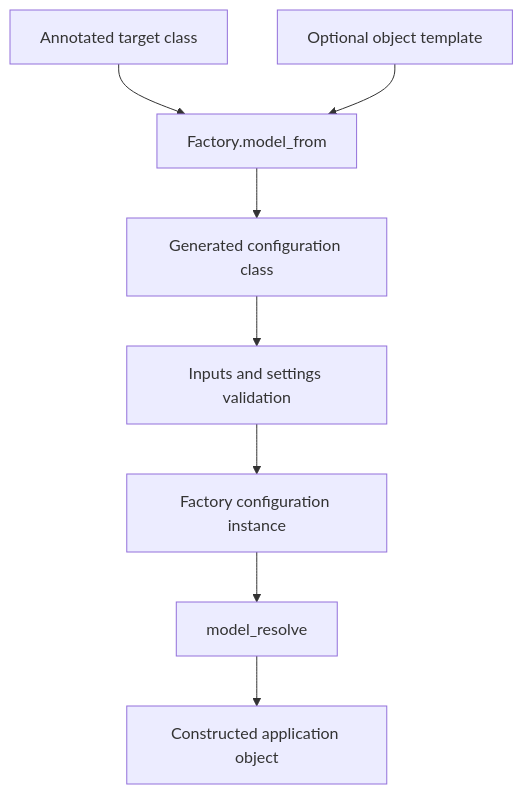
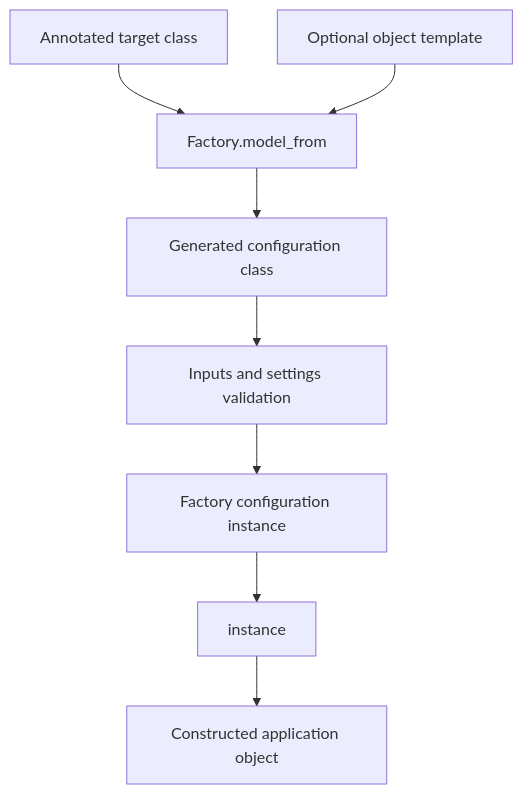
Before and after one commit to sztal/confidantic: the diagram in docs/architecture/factory-lifecycle.md, drawn with Mermaid. The commit also changed other lines of this file and 21 other files, not shown here.

First line of the commit message:
Refactor factory resolution methods to use `instance()` instead of `model_resolve()`

````diff
--- a/docs/architecture/factory-lifecycle.md
+++ b/docs/architecture/factory-lifecycle.md
@@ -6,10 +6,10 @@
 ```mermaid
 flowchart TD
     A[Annotated target class] --> C[Factory.model_from]
     B[Optional object template] --> C
     C --> D[Generated configuration class]
     D --> E[Inputs and settings validation]
     E --> F[Factory configuration instance]
-    F --> G[model_resolve]
+    F --> G[instance]
     G --> H[Constructed application object]
 ```
````
